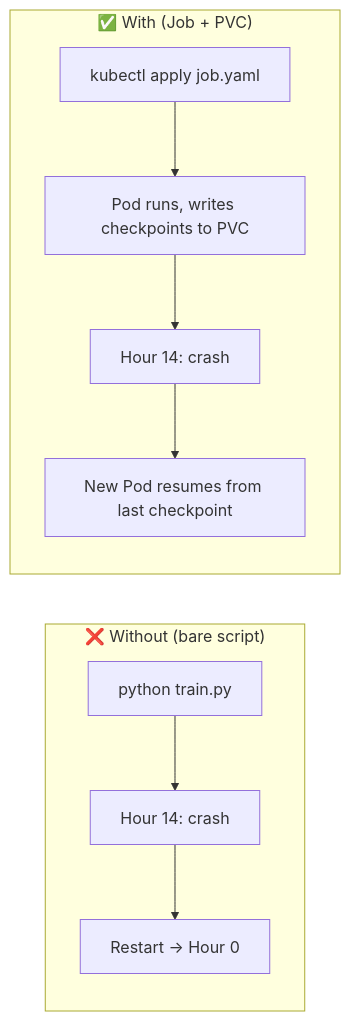
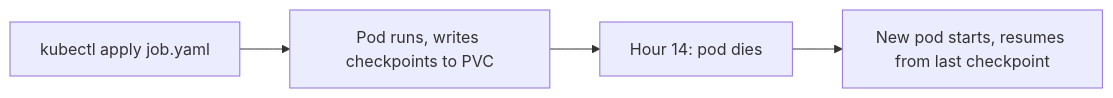
The second of 2 diagrams in pains/02-gpu-job-crashed.md (arun-gupta/cloudnative-for-ai-developers), drawn with Mermaid before and after one commit. The commit also changed other lines of this file, not shown here.

Commit message:
Rework pain 02 Mermaid diagram: split into non-CN and CN sections with explanations

````diff
--- a/pains/02-gpu-job-crashed.md
+++ b/pains/02-gpu-job-crashed.md
@@ -7,13 +19,6 @@
 ```mermaid
 flowchart LR
-  subgraph Without["❌ Without (bare script)"]
-    A[python train.py] --> B[Hour 14: crash]
-    B --> C[Restart → Hour 0]
-  end
-
-  subgraph With["✅ With (Job + PVC)"]
-    D[kubectl apply job.yaml] --> E[Pod runs, writes checkpoints to PVC]
-    E --> F[Hour 14: crash]
-    F --> G[New Pod resumes from last checkpoint]
-  end
+  A[kubectl apply job.yaml] --> B[Pod runs, writes checkpoints to PVC]
+  B --> C[Hour 14: pod dies]
+  C --> D[New pod starts, resumes from last checkpoint]
 ```
````
